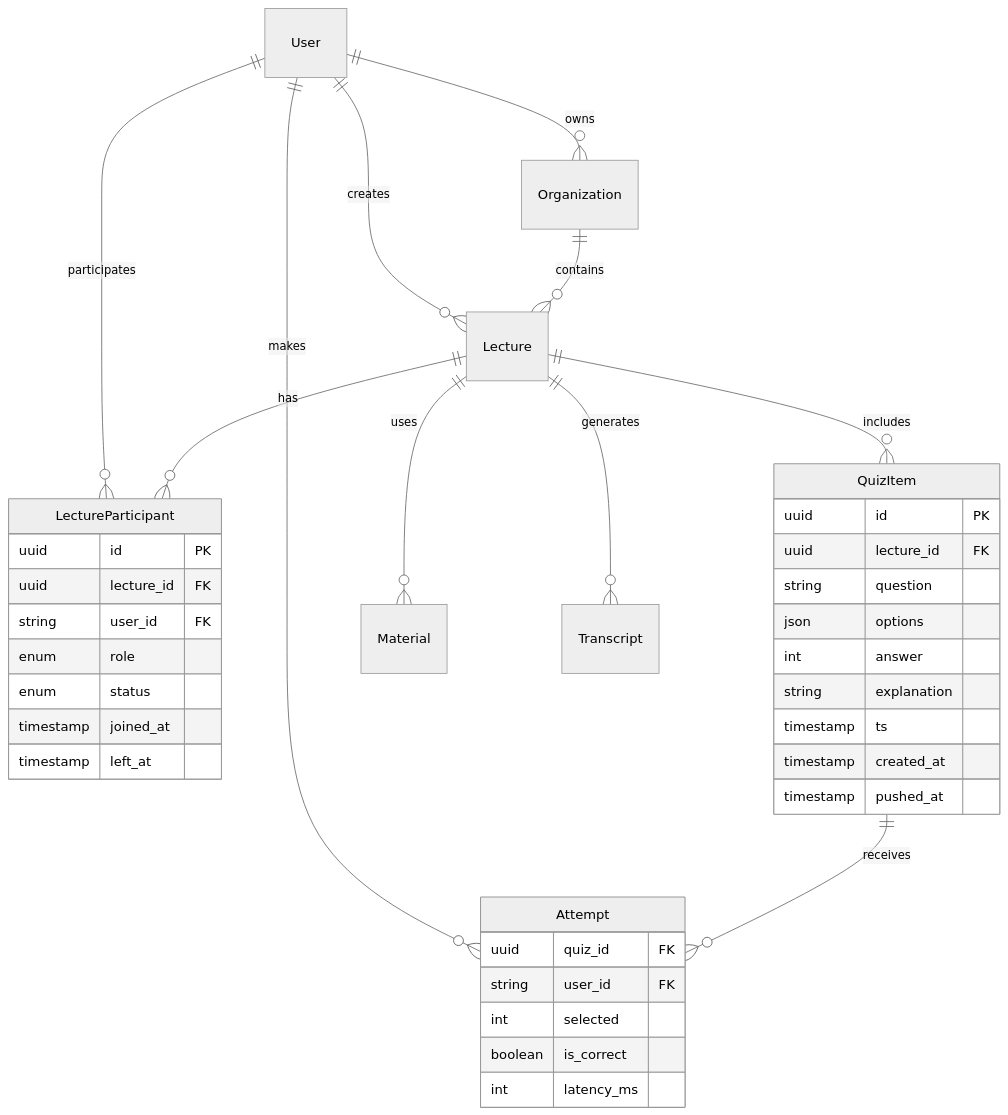
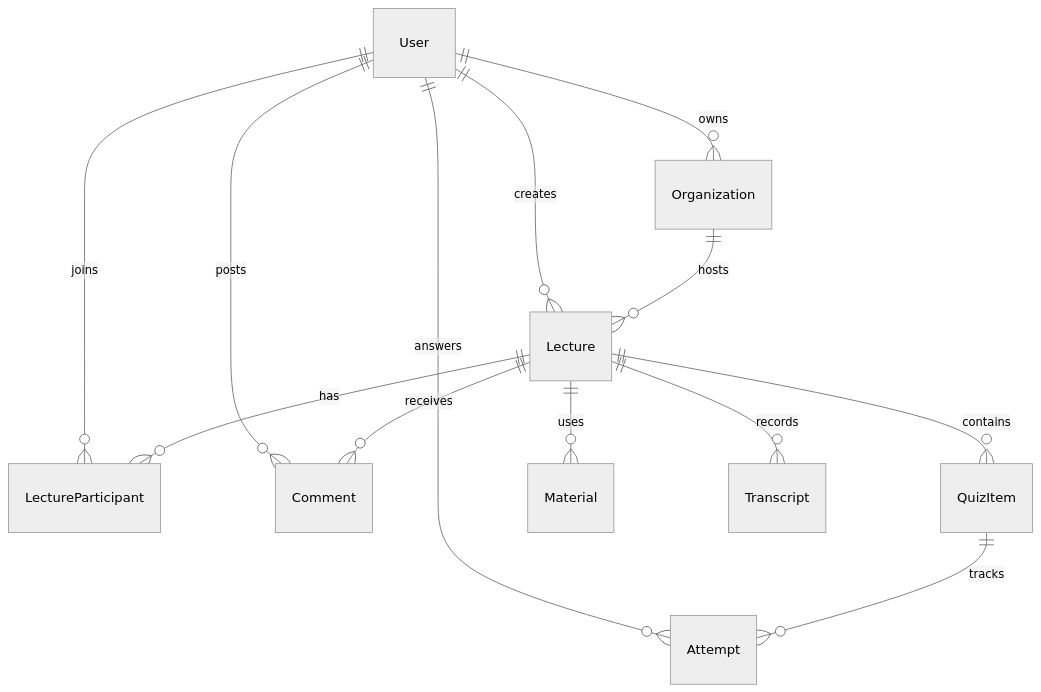
The third of 5 diagrams in docs/architecture.md (GeminiProjects/quizgen), drawn with Mermaid (neutral theme) before and after one commit. The commit also changed other lines of this file and 5 other files, not shown here.

````diff
--- a/docs/architecture.md
+++ b/docs/architecture.md
@@ -181,46 +167,18 @@
 ```mermaid
 erDiagram
     User ||--o{ Organization : owns
     User ||--o{ Lecture : creates
-    User ||--o{ LectureParticipant : participates
-    User ||--o{ Attempt : makes
+    User ||--o{ LectureParticipant : joins
+    User ||--o{ Attempt : answers
+    User ||--o{ Comment : posts
     
-    Organization ||--o{ Lecture : contains
+    Organization ||--o{ Lecture : hosts
     
     Lecture ||--o{ LectureParticipant : has
-    Lecture ||--o{ QuizItem : includes
+    Lecture ||--o{ QuizItem : contains
     Lecture ||--o{ Material : uses
-    Lecture ||--o{ Transcript : generates
+    Lecture ||--o{ Transcript : records
+    Lecture ||--o{ Comment : receives
     
-    QuizItem ||--o{ Attempt : receives
-    
-    LectureParticipant {
-        uuid id PK
-        uuid lecture_id FK
-        string user_id FK
-        enum role
-        enum status
-        timestamp joined_at
-        timestamp left_at
-    }
-    
-    QuizItem {
-        uuid id PK
-        uuid lecture_id FK
-        string question
-        json options
-        int answer
-        string explanation
-        timestamp ts
-        timestamp created_at
-        timestamp pushed_at
-    }
-    
-    Attempt {
-        uuid quiz_id FK
-        string user_id FK
-        int selected
-        boolean is_correct
-        int latency_ms
-    }
+    QuizItem ||--o{ Attempt : tracks
 ```
````
